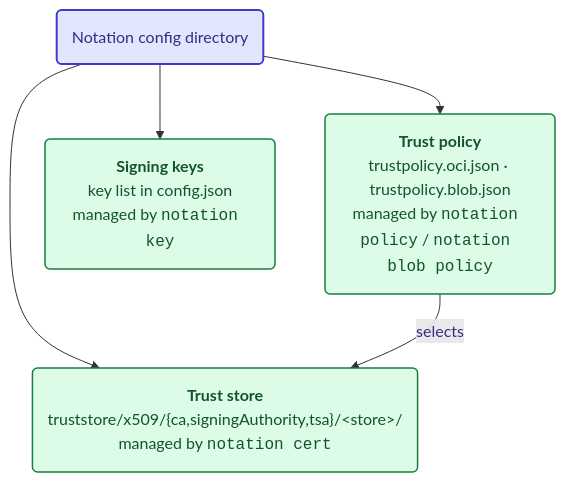
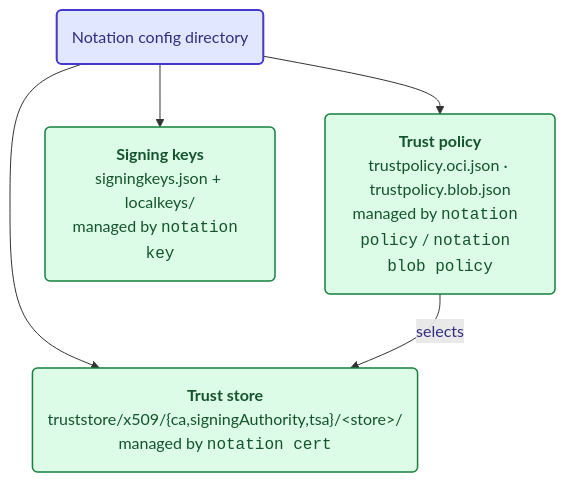
Before and after one commit to notaryproject/notation: the fifth of 8 diagrams in ARCHITECTURE.md, drawn with Mermaid. The commit also changed other lines of this file, not shown here.

First line of the commit message:
docs: fix signing key location and tighten references

````diff
--- a/ARCHITECTURE.md
+++ b/ARCHITECTURE.md
@@ -156,17 +156,17 @@
 ```mermaid
 flowchart TD
     CFG("Notation config directory")
     TS("<b>Trust store</b><br/>truststore/x509/{ca,signingAuthority,tsa}/&lt;store&gt;/<br/>managed by <code>notation cert</code>")
     TP("<b>Trust policy</b><br/>trustpolicy.oci.json · trustpolicy.blob.json<br/>managed by <code>notation policy</code> / <code>notation blob policy</code>")
-    KEY("<b>Signing keys</b><br/>key list in config.json<br/>managed by <code>notation key</code>")
+    KEY("<b>Signing keys</b><br/>signingkeys.json + localkeys/<br/>managed by <code>notation key</code>")
 
     CFG --> TS
     CFG --> TP
     CFG --> KEY
     TP -->|"selects"| TS
 
     classDef root fill:#e0e7ff,stroke:#4338ca,stroke-width:2px,color:#312e81;
     classDef leaf fill:#dcfce7,stroke:#15803d,stroke-width:1.5px,color:#14532d;
     class CFG root
     class TS,TP,KEY leaf
 ```
````
